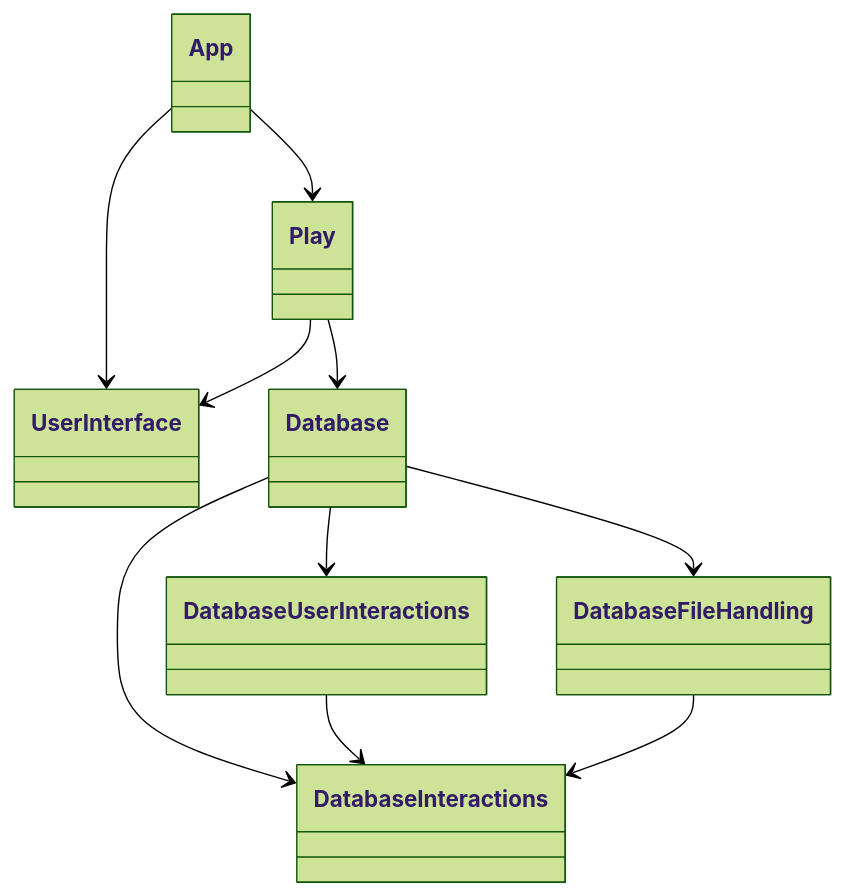
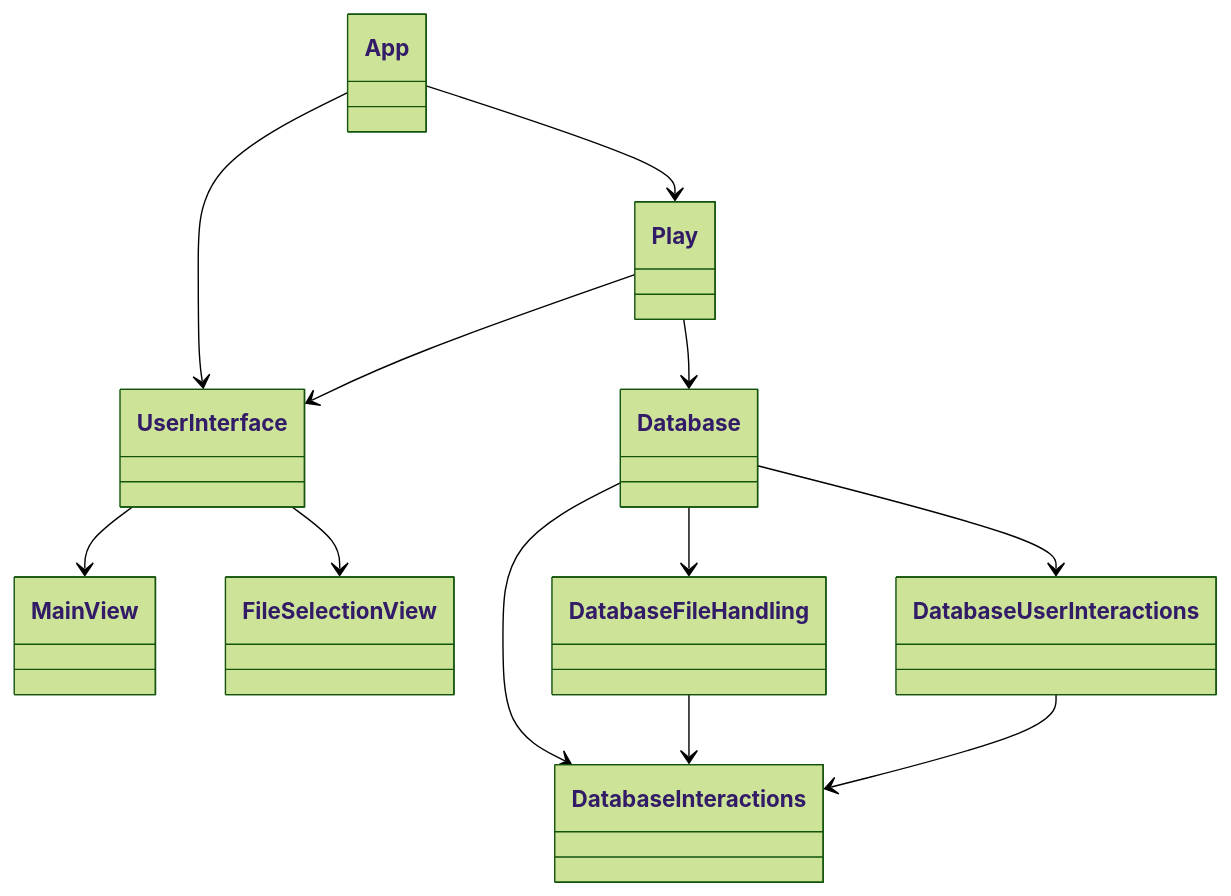
One commit to platipus82/ot-harjoitustyo changed the diagram in dokumentaatio/luokkakaavio_nodetail.MD. Above: the diagram before and after it, drawn with Mermaid (forest theme).

````diff
--- a/dokumentaatio/luokkakaavio_nodetail.MD
+++ b/dokumentaatio/luokkakaavio_nodetail.MD
@@ -1,20 +1,22 @@
 ```mermaid
 classDiagram
     class App
     class Play
     class UserInterface
     class Database
     class DatabaseInteractions
     class DatabaseFileHandling
     class DatabaseUserInteractions
 
     App --> UserInterface
     App --> Play
     Play --> UserInterface
     Play --> Database
     Database --> DatabaseInteractions
     Database --> DatabaseFileHandling
     Database --> DatabaseUserInteractions
     DatabaseUserInteractions --> DatabaseInteractions
     DatabaseFileHandling --> DatabaseInteractions
+    UserInterface --> MainView
+    UserInterface --> FileSelectionView
 ```
````
